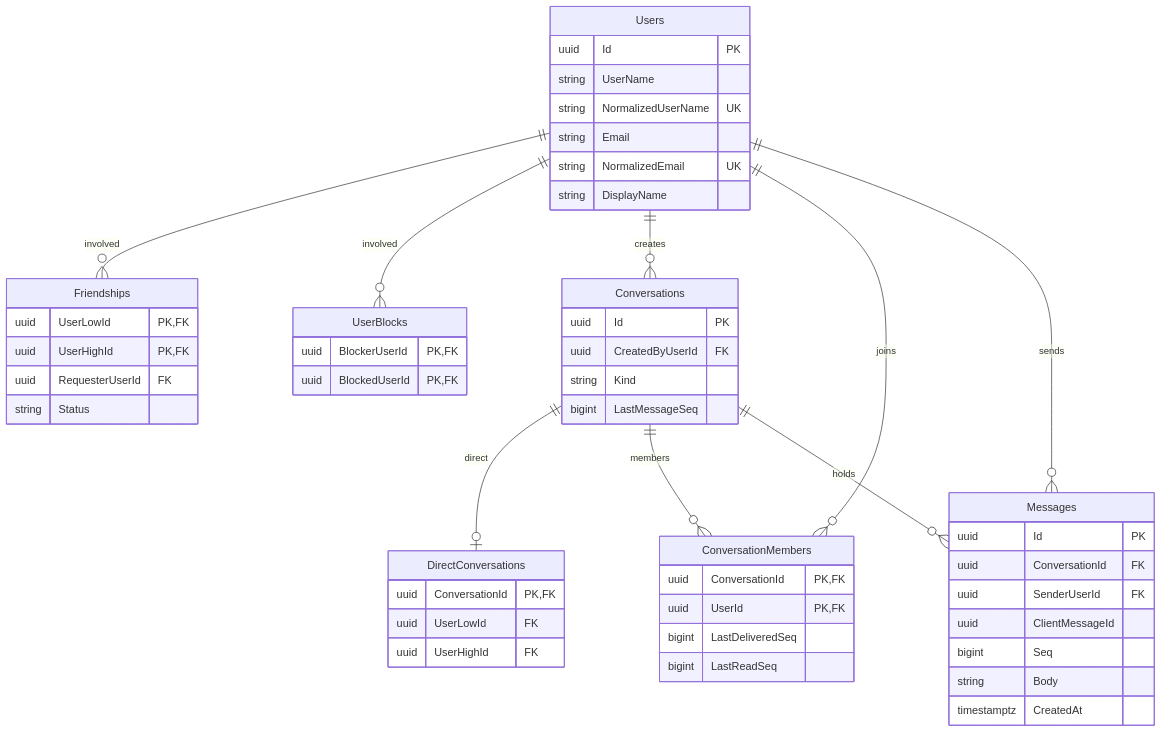
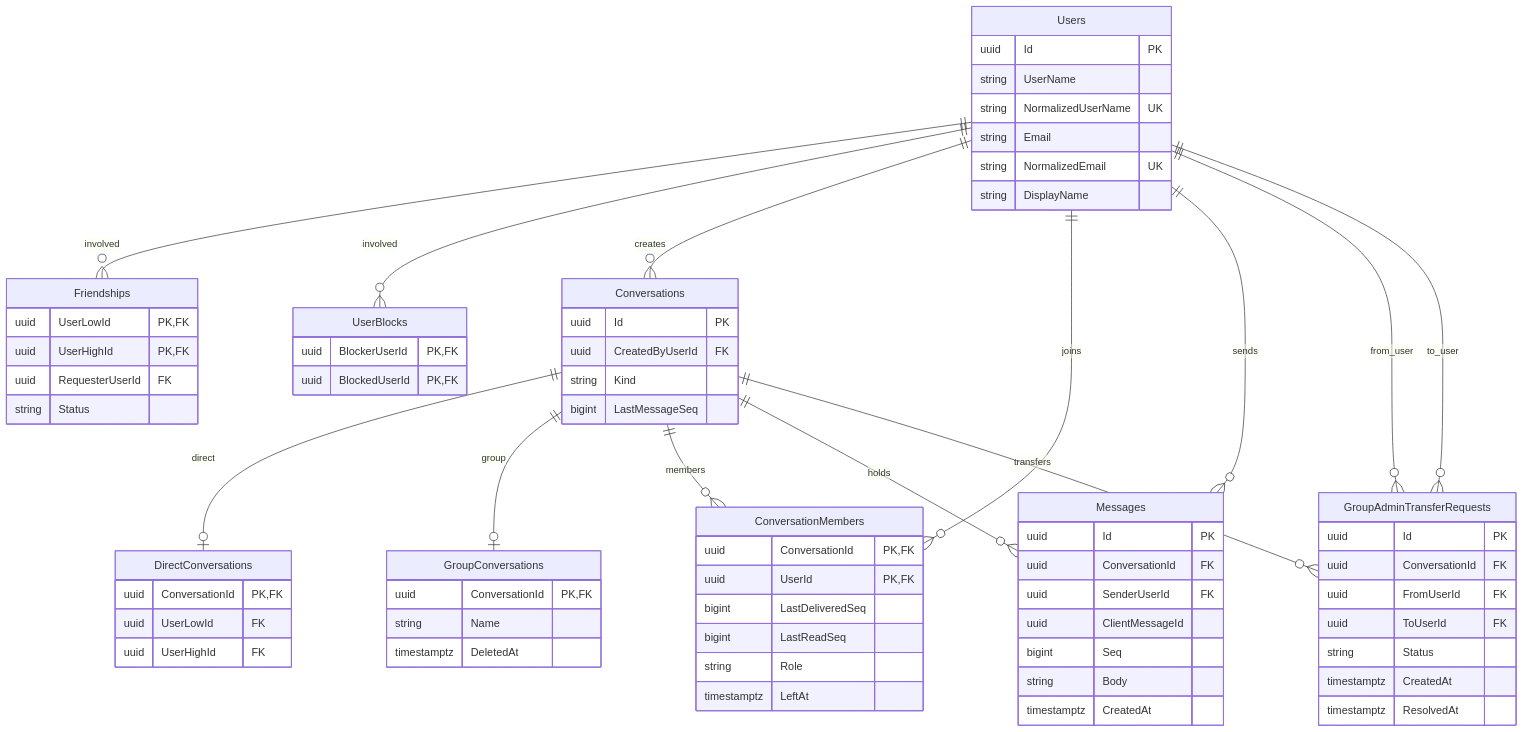
One commit to minhthu31/chat_zalo changed the diagram in database/ERD.mmd. Above: the diagram before and after it, drawn with Mermaid. The commit also changed 4 other files, not shown here.

Commit message:
docs: define Sprint 2 API contract and database design; add CI checks

```diff
--- a/database/ERD.mmd
+++ b/database/ERD.mmd
@@ -1,56 +1,85 @@
+%% chat_zalo – ERD Sprint 1 + Sprint 2
+%% This Mermaid source renders on GitHub Preview; a PNG cannot be embedded directly in an .mmd file.
 erDiagram
-  Users ||--o{ Friendships : involved
-  Users ||--o{ UserBlocks : involved
-  Users ||--o{ Conversations : creates
-  Users ||--o{ ConversationMembers : joins
-  Users ||--o{ Messages : sends
-  Conversations ||--o| DirectConversations : direct
-  Conversations ||--o{ ConversationMembers : members
-  Conversations ||--o{ Messages : holds
+    Users ||--o{ Friendships : involved
+    Users ||--o{ UserBlocks : involved
+    Users ||--o{ Conversations : creates
+    Users ||--o{ ConversationMembers : joins
+    Users ||--o{ Messages : sends
+    Conversations ||--o| DirectConversations : direct
+    Conversations ||--o| GroupConversations : group
+    Conversations ||--o{ ConversationMembers : members
+    Conversations ||--o{ Messages : holds
+    Conversations ||--o{ GroupAdminTransferRequests : transfers
+    Users ||--o{ GroupAdminTransferRequests : from_user
+    Users ||--o{ GroupAdminTransferRequests : to_user
 
-  Users {
-    uuid Id PK
-    string UserName
-    string NormalizedUserName UK
-    string Email
-    string NormalizedEmail UK
-    string DisplayName
-  }
-  Friendships {
-    uuid UserLowId PK,FK
-    uuid UserHighId PK,FK
-    uuid RequesterUserId FK
-    string Status
-  }
-  UserBlocks {
-    uuid BlockerUserId PK,FK
-    uuid BlockedUserId PK,FK
-  }
-  Conversations {
-    uuid Id PK
-    uuid CreatedByUserId FK
-    string Kind
-    bigint LastMessageSeq
-  }
-  DirectConversations {
-    uuid ConversationId PK,FK
-    uuid UserLowId FK
-    uuid UserHighId FK
-  }
-  ConversationMembers {
-    uuid ConversationId PK,FK
-    uuid UserId PK,FK
-    bigint LastDeliveredSeq
-    bigint LastReadSeq
-  }
-  Messages {
-    uuid Id PK
-    uuid ConversationId FK
-    uuid SenderUserId FK
-    uuid ClientMessageId
-    bigint Seq
-    string Body
-    timestamptz CreatedAt
-  }
+    Users {
+      uuid Id PK
+      string UserName
+      string NormalizedUserName UK
+      string Email
+      string NormalizedEmail UK
+      string DisplayName
+    }
+    Friendships {
+      uuid UserLowId PK,FK
+      uuid UserHighId PK,FK
+      uuid RequesterUserId FK
+      string Status
+    }
+    UserBlocks {
+      uuid BlockerUserId PK,FK
+      uuid BlockedUserId PK,FK
+    }
+    Conversations {
+      uuid Id PK
+      uuid CreatedByUserId FK
+      string Kind
+      bigint LastMessageSeq
+    }
+    DirectConversations {
+      uuid ConversationId PK,FK
+      uuid UserLowId FK
+      uuid UserHighId FK
+    }
+    GroupConversations {
+      uuid ConversationId PK,FK
+      string Name
+      timestamptz DeletedAt
+    }
+    ConversationMembers {
+      uuid ConversationId PK,FK
+      uuid UserId PK,FK
+      bigint LastDeliveredSeq
+      bigint LastReadSeq
+      string Role
+      timestamptz LeftAt
+    }
+    GroupAdminTransferRequests {
+      uuid Id PK
+      uuid ConversationId FK
+      uuid FromUserId FK
+      uuid ToUserId FK
+      string Status
+      timestamptz CreatedAt
+      timestamptz ResolvedAt
+    }
+    Messages {
+      uuid Id PK
+      uuid ConversationId FK
+      uuid SenderUserId FK
+      uuid ClientMessageId
+      bigint Seq
+      string Body
+      timestamptz CreatedAt
+    }
+
+%% Sprint 1 tables retained. Sprint 2 proposes GroupConversations, GroupAdminTransferRequests,
+%% and Role / LeftAt on ConversationMembers. Confirm against actual ChatDbContext before migration.
+%% UNIQUE(ConversationId, Seq) and UNIQUE(ConversationId, SenderUserId, ClientMessageId) on Messages.
+%% UNIQUE(UserLowId, UserHighId) on DirectConversations.
+%% Group: partial UNIQUE ConversationMembers(ConversationId) WHERE Role='Admin' AND LeftAt IS NULL.
+%% This enforces at MOST one Admin; service transactions enforce AT LEAST one for active groups.
+%% Other FK/CHECK/uniqueness rules documented in DATABASE_RULES.md.
 %% Other Identity tables: Roles, UserRoles, UserClaims, RoleClaims, UserLogins, UserTokens.
-%% Composite UK and CHECK constraints are documented in DATABASE_RULES.md; Mermaid cannot represent all FKs independently.
```
